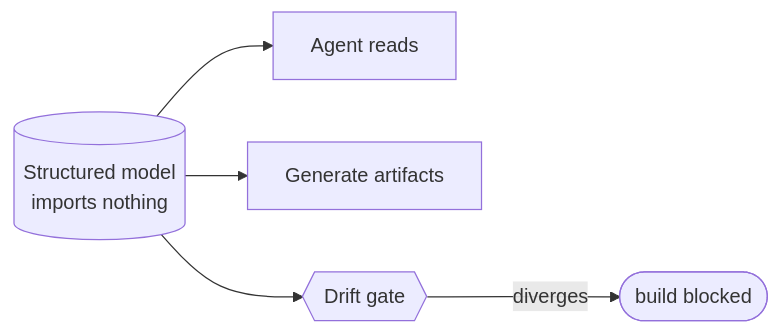
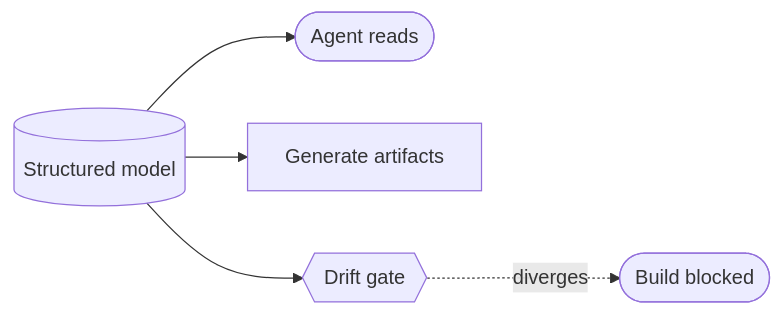
The diagram in book/appendix-fills/models-bridge/executable-source-of-truth.md (davisjam/agent-governance-mechanisms), drawn with Mermaid before and after one commit. The commit also changed other lines of this file and 21 other files, not shown here.

````diff
--- a/book/appendix-fills/models-bridge/executable-source-of-truth.md
+++ b/book/appendix-fills/models-bridge/executable-source-of-truth.md
@@ -34,7 +34,7 @@
 ```mermaid
 flowchart LR
-  M[(Structured model<br/>imports nothing)] --> Agent[Agent reads]
+  M[(Structured model)] --> Agent([Agent reads])
   M --> Gen[Generate artifacts]
   M --> Gate{{Drift gate}}
-  Gate -->|diverges| Fail([build blocked])
+  Gate -.->|diverges| Fail([Build blocked])
 ```
````
